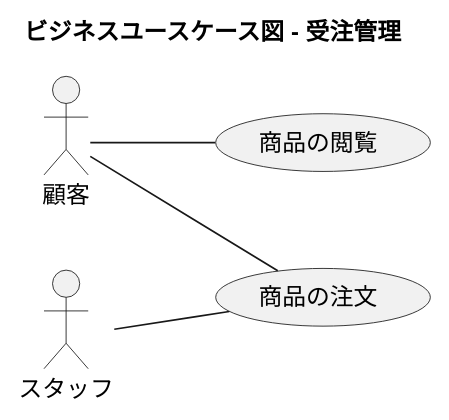
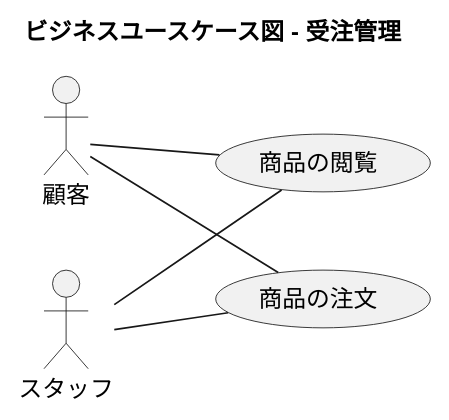
The sixth of 20 diagrams in docs/index.adoc (k2works/application_programing_excercise_2022), drawn with PlantUML before and after one commit. The commit also changed other lines of this file, not shown here.

```diff
--- a/docs/index.adoc
+++ b/docs/index.adoc
@@ -251,21 +251,22 @@
 [plantuml]
 ----
 @startuml
 
 title ビジネスユースケース図 - 受注管理
 
 left to right direction
 
 actor 顧客 as ac_01
 actor スタッフ as ac_02
 
 usecase 商品の閲覧 as uc_01
 usecase 商品の注文 as uc_02
 
 ac_01 -- (uc_01)
 ac_01 -- (uc_02)
 
+ac_02 -- (uc_01)
 ac_02 -- (uc_02)
 
 @enduml
 ----
```
